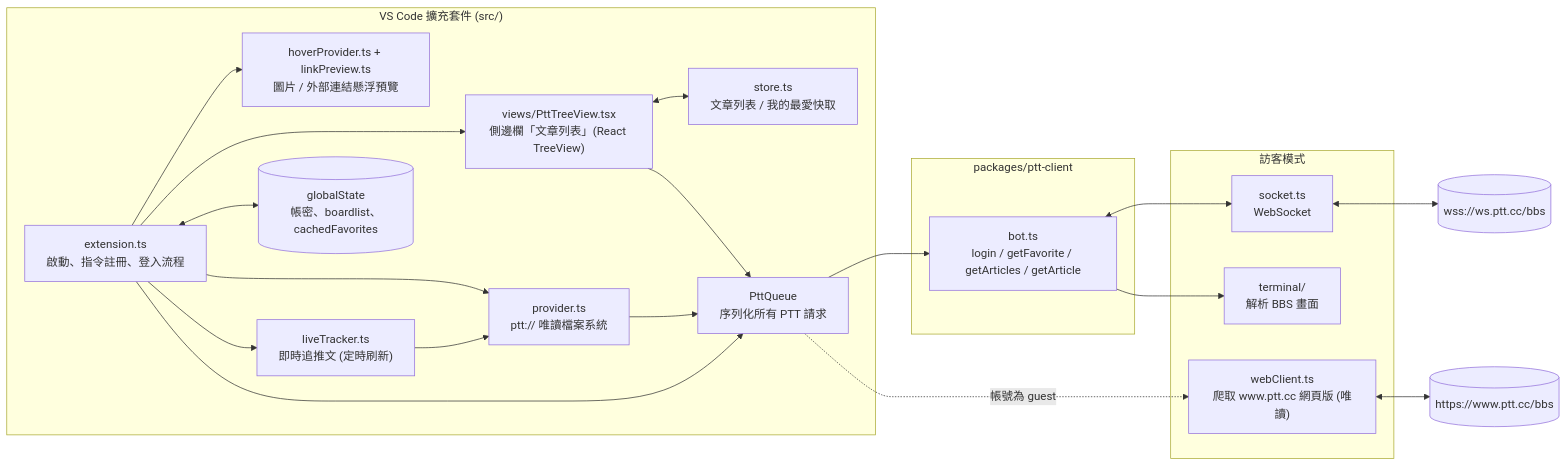
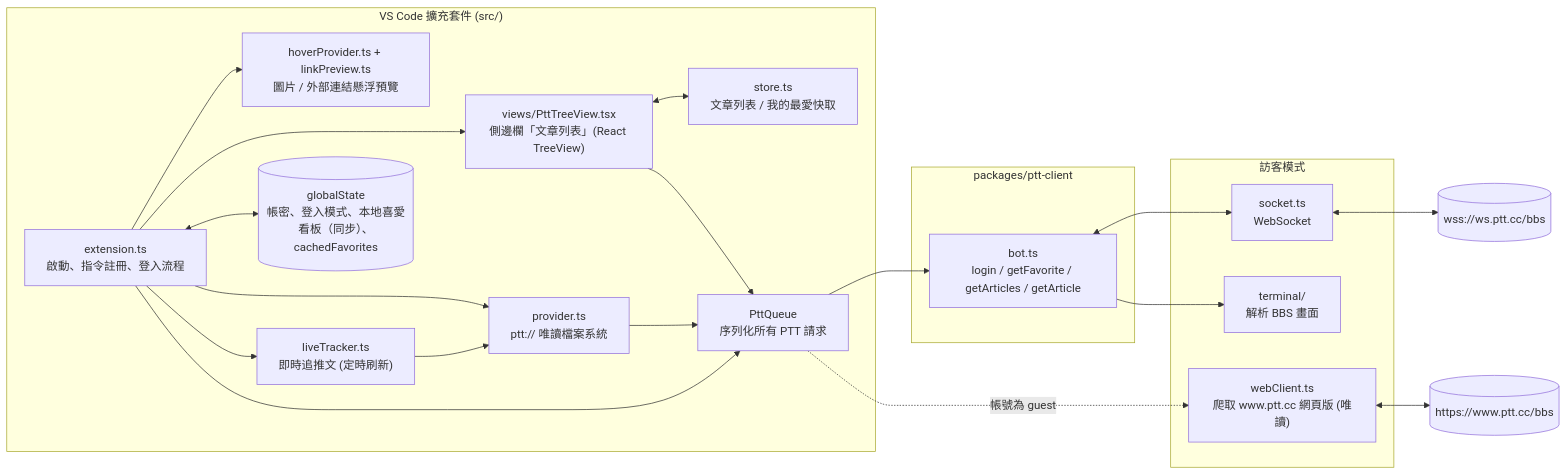
Before and after one commit to kalpy-HI/vscode-ptt: the first of 4 diagrams in docs/ARCHITECTURE.md, drawn with Mermaid. The commit also changed other lines of this file and 7 other files, not shown here.

````diff
--- a/docs/ARCHITECTURE.md
+++ b/docs/ARCHITECTURE.md
@@ -5,35 +5,35 @@
 ```mermaid
 flowchart LR
   subgraph VSCode["VS Code 擴充套件 (src/)"]
     EXT["extension.ts<br/>啟動、指令註冊、登入流程"]
     TREE["views/PttTreeView.tsx<br/>側邊欄「文章列表」(React TreeView)"]
     FS["provider.ts<br/>ptt:// 唯讀檔案系統"]
     HOVER["hoverProvider.ts + linkPreview.ts<br/>圖片 / 外部連結懸浮預覽"]
     LIVE["liveTracker.ts<br/>即時追推文 (定時刷新)"]
     STORE["store.ts<br/>文章列表 / 我的最愛快取"]
     Q["PttQueue<br/>序列化所有 PTT 請求"]
-    GS[("globalState<br/>帳密、boardlist、cachedFavorites")]
+    GS[("globalState<br/>帳密、登入模式、本地喜愛看板（同步）、cachedFavorites")]
   end
 
   subgraph CLIENT["packages/ptt-client"]
     BOT["bot.ts<br/>login / getFavorite / getArticles / getArticle"]
   end
 
   subgraph WEB["訪客模式"]
     WC["webClient.ts<br/>爬取 www.ptt.cc 網頁版 (唯讀)"]
     TERM["terminal/<br/>解析 BBS 畫面"]
     SOCK["socket.ts<br/>WebSocket"]
   end
 
   PTT[("wss://ws.ptt.cc/bbs")]
   WWW[("https://www.ptt.cc/bbs")]
 
   EXT --> TREE & FS & HOVER & LIVE
   EXT <--> GS
   TREE <--> STORE
   TREE & FS & EXT --> Q --> BOT
   LIVE --> FS
   BOT --> TERM
   BOT <--> SOCK <--> PTT
   Q -. 帳號為 guest .-> WC <--> WWW
 ```
````
